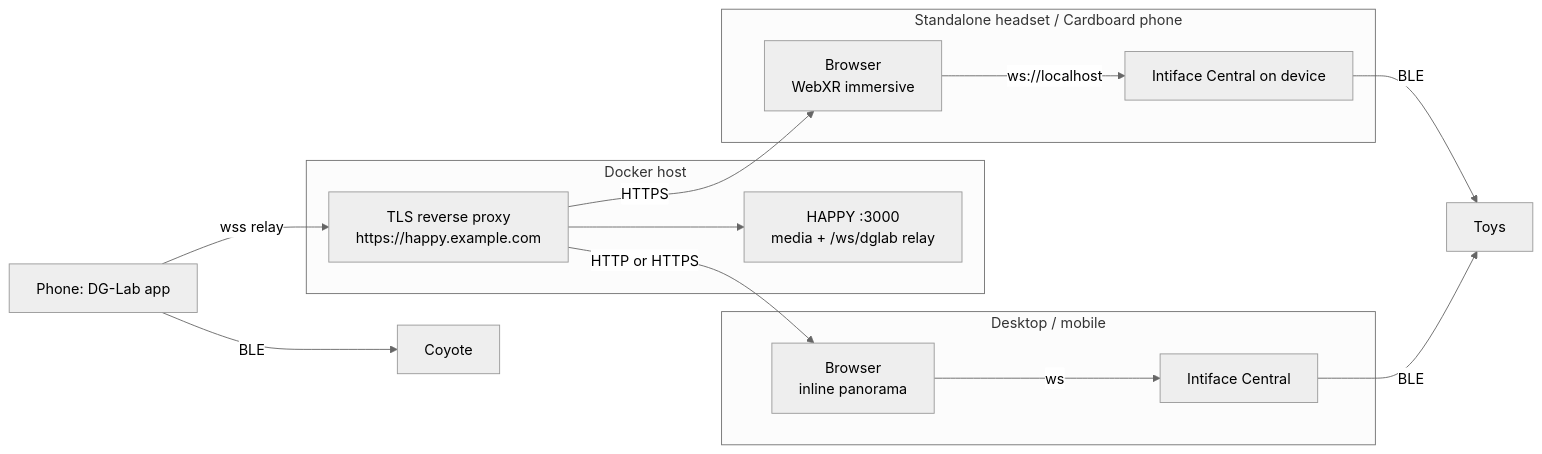
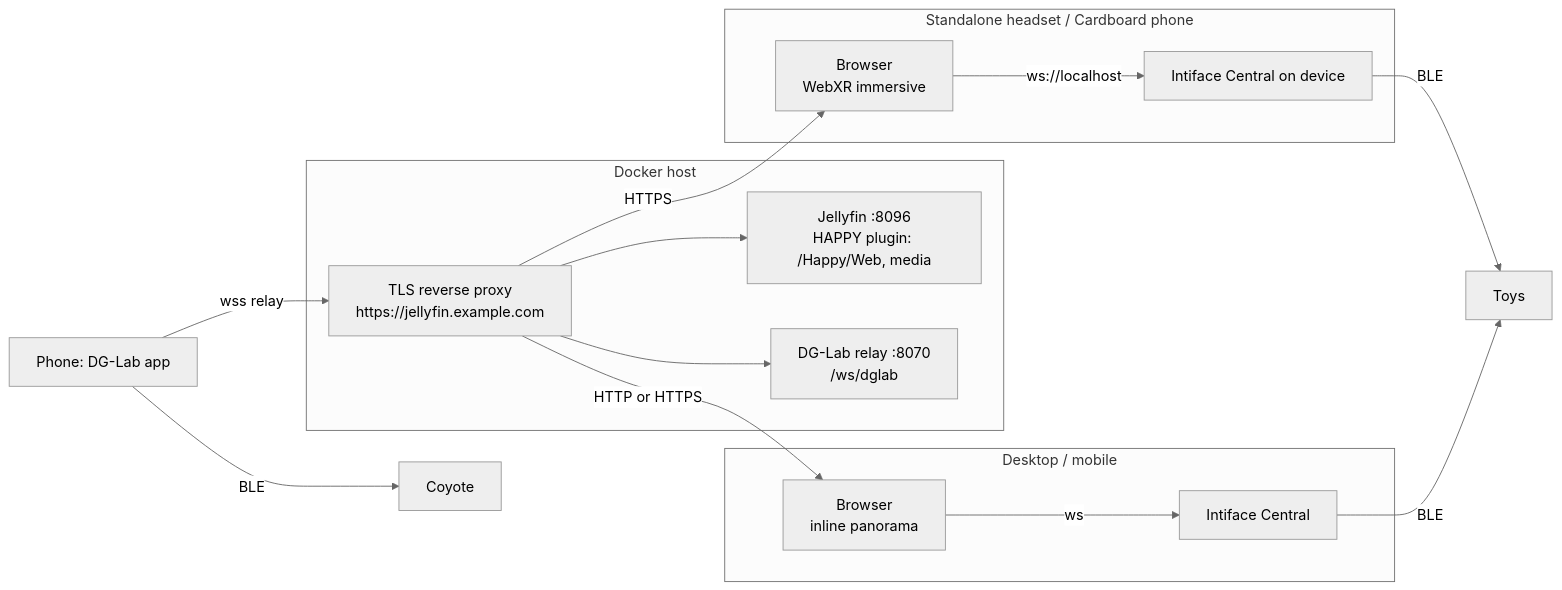
Before and after one commit to lumbar-spine-support/docker-haptic-player: the first of 2 diagrams in .github/instructions/webxr-vr180.instructions.md, drawn with Mermaid (neutral theme). The commit also changed other lines of this file and 219 other files, not shown here.

````diff
--- a/.github/instructions/webxr-vr180.instructions.md
+++ b/.github/instructions/webxr-vr180.instructions.md
@@ -37,19 +37,20 @@
 ```mermaid
 flowchart LR
   subgraph Server[Docker host]
-    RP[TLS reverse proxy<br/>https://happy.example.com] --> HAPPY[HAPPY :3000<br/>media + /ws/dglab relay]
+    RP[TLS reverse proxy<br/>https://jellyfin.example.com] --> JF[Jellyfin :8096<br/>HAPPY plugin: /Happy/Web, media]
+    RP --> RL[DG-Lab relay :8070<br/>/ws/dglab]
   end
   subgraph B[Standalone headset / Cardboard phone]
     HB[Browser<br/>WebXR immersive] -->|ws://localhost| HI[Intiface Central on device]
   end
   subgraph D[Desktop / mobile]
     DB[Browser<br/>inline panorama] -->|ws| DI[Intiface Central]
   end
   PH[Phone: DG-Lab app]
   RP -->|HTTPS| HB
   RP -->|HTTP or HTTPS| DB
   PH -->|wss relay| RP
   HI -->|BLE| T[Toys]
   PH -->|BLE| C[Coyote]
   DI -->|BLE| T
 ```
````
